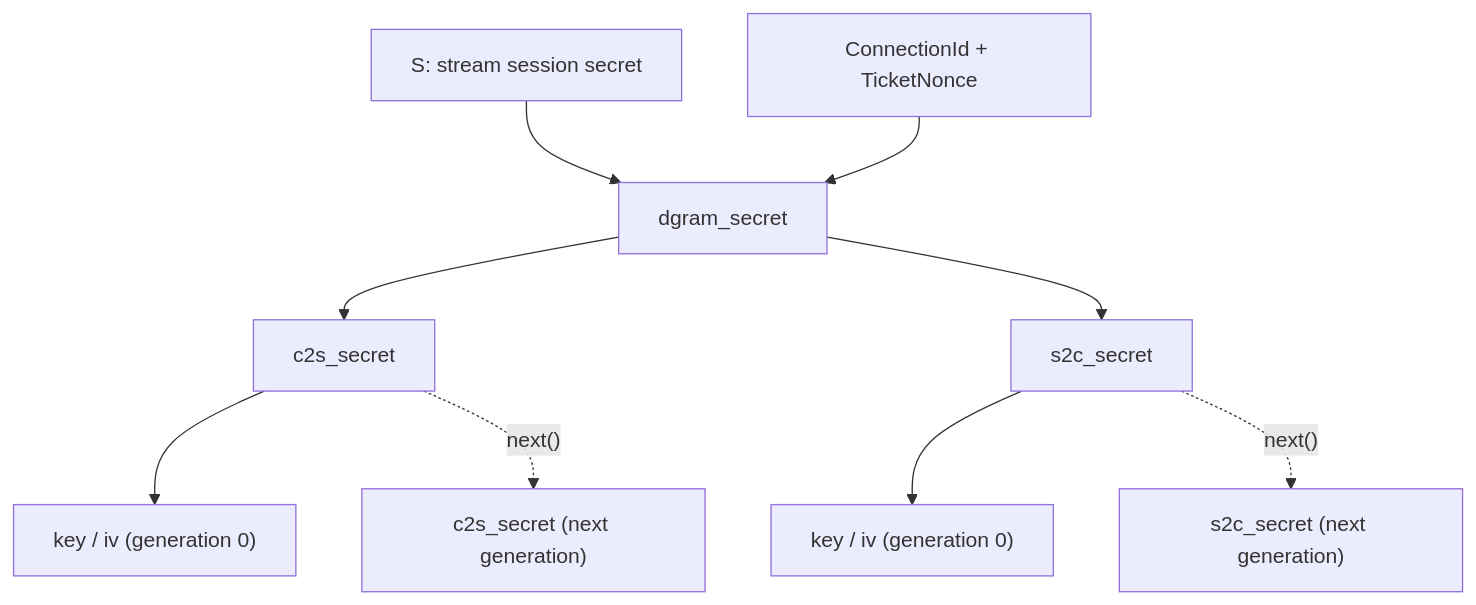
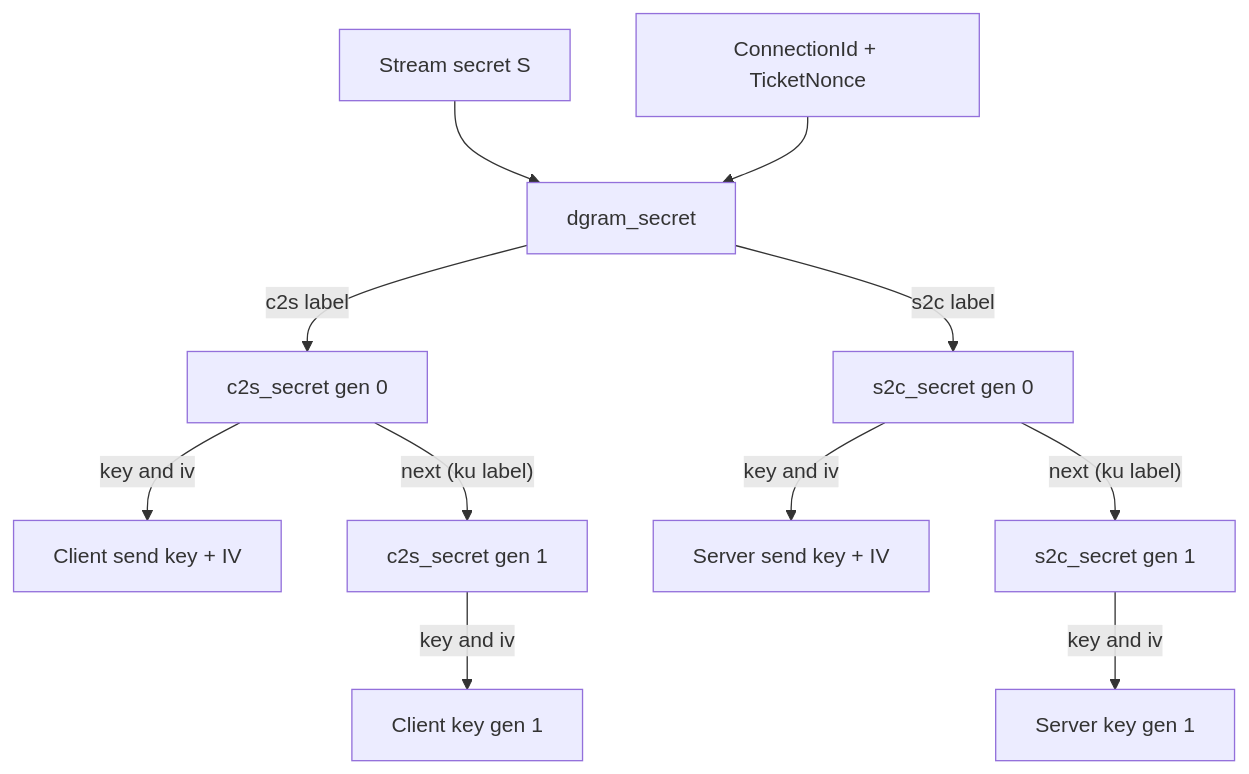
Before and after one commit to ppn-systems/nalix-docs: the first of 5 diagrams in src/content/docs/en-us/api/codec/datagram-protection.md, drawn with Mermaid. The commit also changed other lines of this file and 38 other files, not shown here.

First line of the commit message:
docs: redraw the datagram diagrams and fix invalid Mermaid

````diff
--- a/src/content/docs/en-us/api/codec/datagram-protection.md
+++ b/src/content/docs/en-us/api/codec/datagram-protection.md
@@ -51,11 +53,13 @@
 ```mermaid
 flowchart TD
-    S["S: stream session secret"] --> D["dgram_secret"]
+    S["Stream secret S"] --> D[dgram_secret]
     N["ConnectionId + TicketNonce"] --> D
-    D --> C["c2s_secret"]
-    D --> R["s2c_secret"]
-    C --> K1["key / iv (generation 0)"]
-    R --> K2["key / iv (generation 0)"]
-    C -. "next()" .-> C2["c2s_secret (next generation)"]
-    R -. "next()" .-> R2["s2c_secret (next generation)"]
+    D -->|c2s label| C0["c2s_secret gen 0"]
+    D -->|s2c label| R0["s2c_secret gen 0"]
+    C0 -->|"key and iv"| KC["Client send key + IV"]
+    R0 -->|"key and iv"| KR["Server send key + IV"]
+    C0 -->|"next (ku label)"| C1["c2s_secret gen 1"]
+    R0 -->|"next (ku label)"| R1["s2c_secret gen 1"]
+    C1 -->|"key and iv"| KC1["Client key gen 1"]
+    R1 -->|"key and iv"| KR1["Server key gen 1"]
 ```
````
